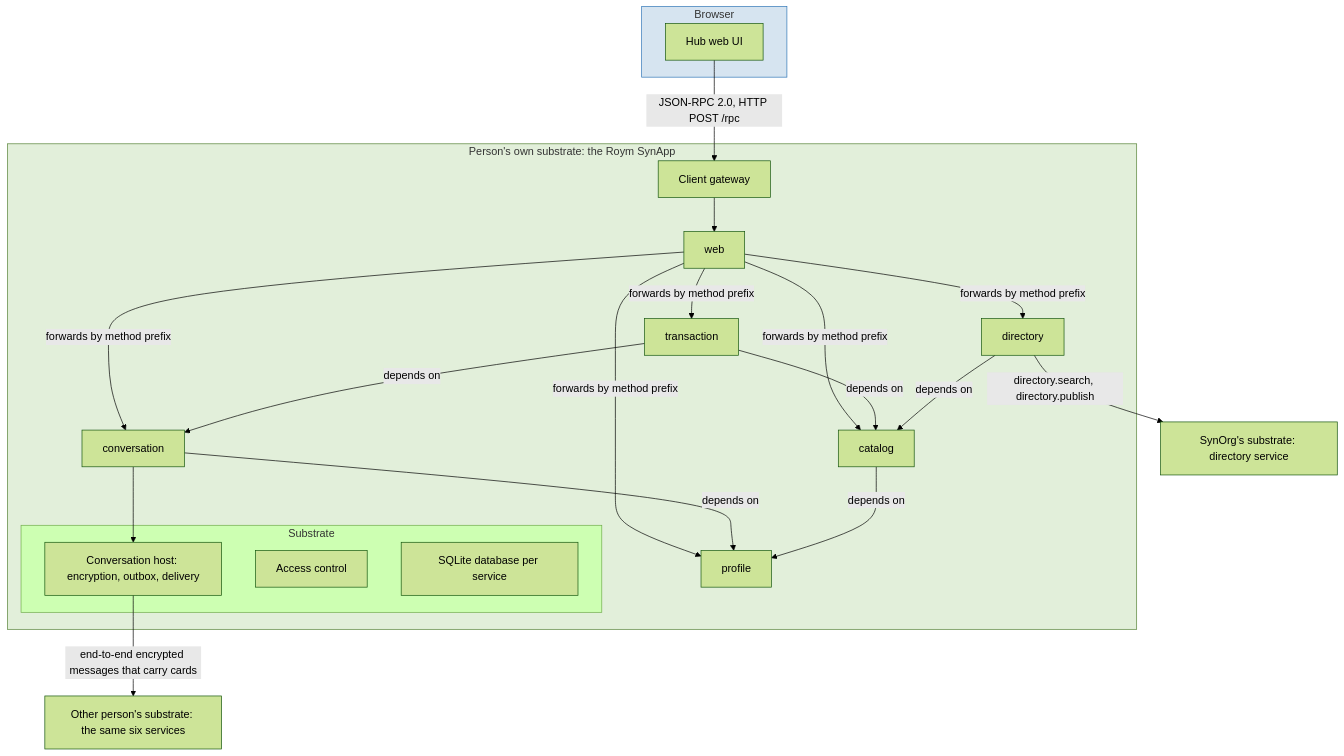
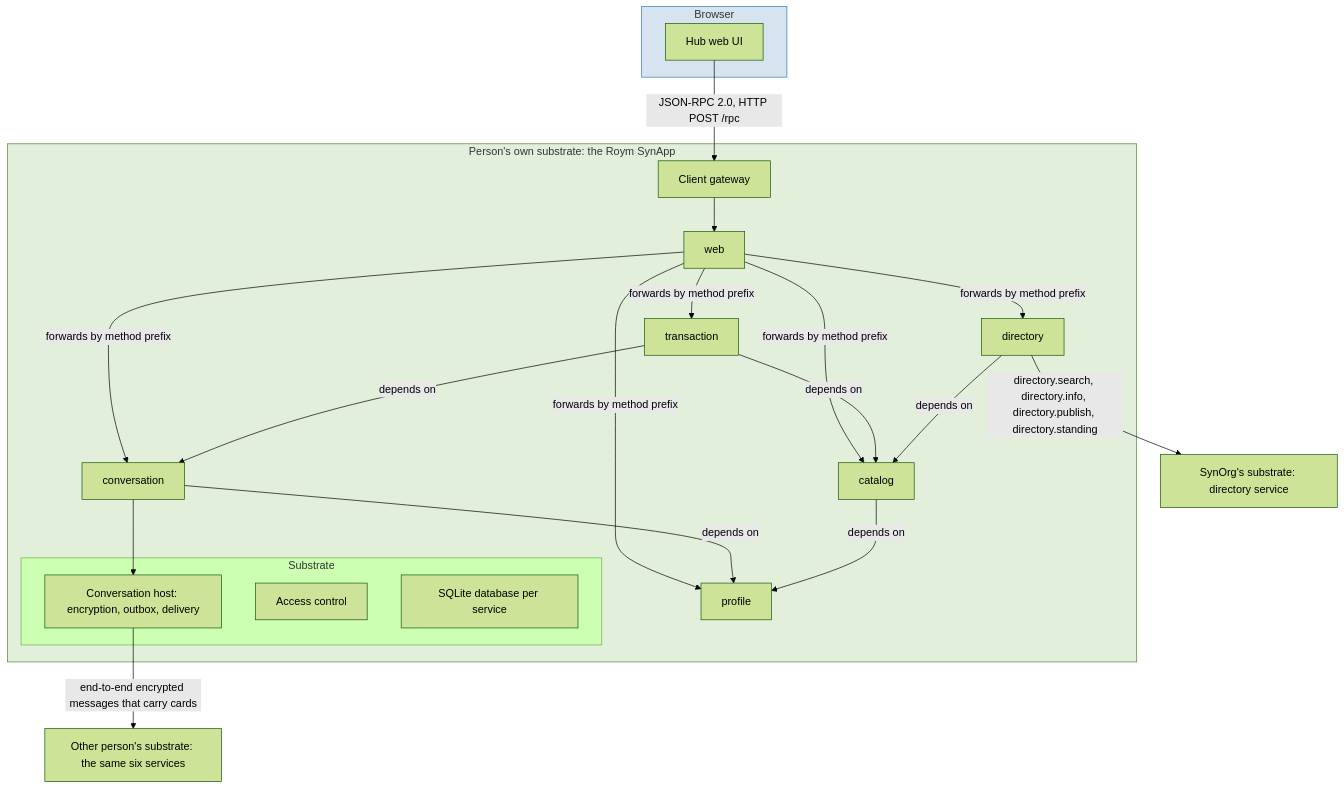
One commit to syneroym/syneroym changed diagram 16 of 23 in docs/system-architecture.md. Above: the diagram before and after it, drawn with Mermaid (forest theme). The commit also changed other lines of this file and 3 other files, not shown here.

First line of the commit message:
docs(architecture): fix stage 2 findings S6

````diff
--- a/docs/system-architecture.md
+++ b/docs/system-architecture.md
@@ -1092,40 +1092,40 @@
 ```mermaid
 flowchart TD
     subgraph BROWSER["Browser"]
         HUB[Hub web UI]
     end
 
     subgraph OWN_NODE["Person's own substrate: the Roym SynApp"]
         GW[Client gateway]
         WEB[web]
         PROFILE[profile]
         CONV[conversation]
         CATALOG[catalog]
         TXN[transaction]
         DIR[directory]
 
         subgraph SUBSTRATE["Substrate"]
             MSG[Conversation host: encryption, outbox, delivery]
             AC[Access control]
             STORE[SQLite database per service]
         end
     end
 
     PEER["Other person's substrate: the same six services"]
     SYNORG["SynOrg's substrate: directory service"]
 
     HUB -->|"JSON-RPC 2.0, HTTP POST /rpc"| GW
     GW --> WEB
     WEB -->|"forwards by method prefix"| PROFILE & CONV & CATALOG & TXN & DIR
     CONV -->|"depends on"| PROFILE
     CATALOG -->|"depends on"| PROFILE
     TXN -->|"depends on"| CONV
     TXN -->|"depends on"| CATALOG
     DIR -->|"depends on"| CATALOG
     CONV --> MSG
     MSG -->|"end-to-end encrypted messages that carry cards"| PEER
-    DIR -->|"directory.search, directory.publish"| SYNORG
+    DIR -->|"directory.search, directory.info, directory.publish, directory.standing"| SYNORG
 
     style BROWSER fill:#D6E4F0,stroke:#2E75B6
     style OWN_NODE fill:#E2EFDA,stroke:#548235
 ```
````
